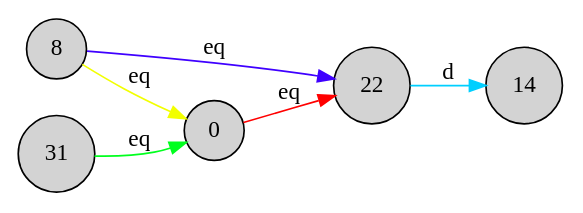
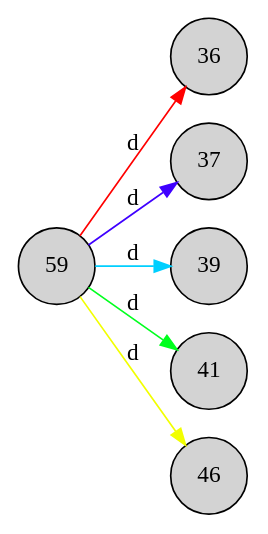
Before and after one commit to AssistiveRoboticsUNH/TCG-Classifier: the diagram in mygraph.dot, drawn with Graphviz. The commit also changed 2 other files, not shown here.

```diff
--- a/mygraph.dot
+++ b/mygraph.dot
@@ -1,13 +1,14 @@
 digraph A {
 rankdir = LR;
-node [shape=circle,style=filled] 8
-node [shape=circle,style=filled] 22
-node [shape=circle,style=filled] 0
-node [shape=circle,style=filled] 14
-node [shape=circle,style=filled] 31
-0 -> 22 [label="eq" color="0.0 1.0 1.0" ]
-8 -> 0 [label="eq" color="0.175 1.0 1.0" ]
-31 -> 0 [label="eq" color="0.353 1.0 1.0" ]
-22 -> 14 [label="d" color="0.531 1.0 1.0" ]
-8 -> 22 [label="eq" color="0.708 1.0 1.0" ]
+node [shape=circle,style=filled] 36
+node [shape=circle,style=filled] 59
+node [shape=circle,style=filled] 37
+node [shape=circle,style=filled] 39
+node [shape=circle,style=filled] 41
+node [shape=circle,style=filled] 46
+59 -> 36 [label="d" color="0.0 1.0 1.0" ]
+59 -> 46 [label="d" color="0.175 1.0 1.0" ]
+59 -> 41 [label="d" color="0.353 1.0 1.0" ]
+59 -> 39 [label="d" color="0.531 1.0 1.0" ]
+59 -> 37 [label="d" color="0.708 1.0 1.0" ]
 }
```
